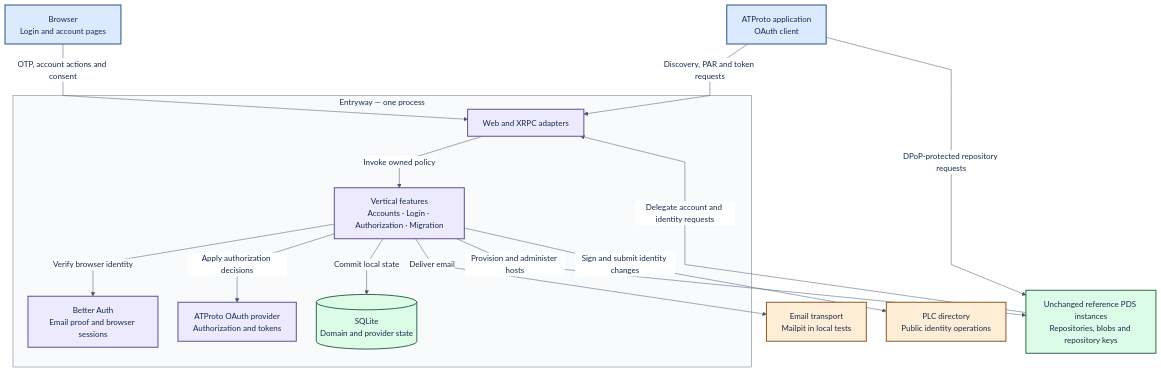
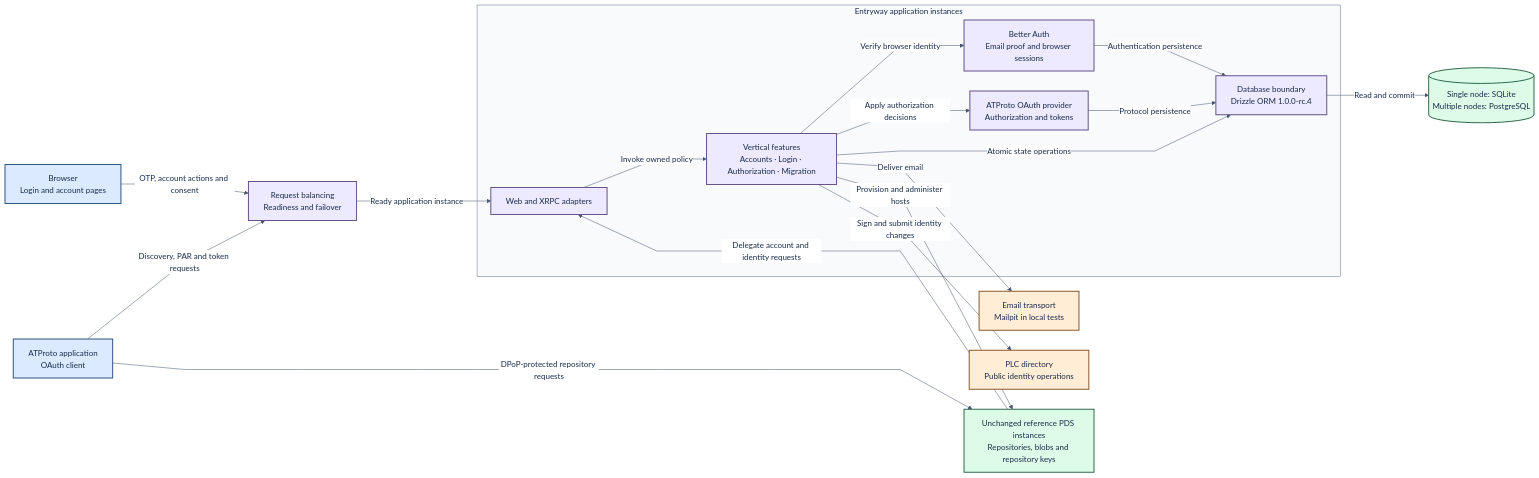
One commit to hypercerts-org/hypercerts-entryway changed the first of 3 diagrams in docs/architecture.md. Above: the diagram before and after it, drawn with Mermaid. The commit also changed other lines of this file and 38 other files, not shown here.

Commit message:
docs: align architecture with database and resilience requirements

````diff
--- a/docs/architecture.md
+++ b/docs/architecture.md
@@ -33,36 +42,42 @@
 ```mermaid
 %%{init: {"theme":"base","themeVariables":{"background":"#FFFFFF","primaryTextColor":"#172B4D","lineColor":"#45556C","edgeLabelBackground":"#FFFFFF","fontFamily":"Arial"},"flowchart":{"nodeSpacing":40,"rankSpacing":55,"curve":"linear"}}}%%
-flowchart TB
+flowchart LR
   browser["Browser<br/>Login and account pages"]
   client["ATProto application<br/>OAuth client"]
-  subgraph entryway["Entryway — one process"]
+  ingress["Request balancing<br/>Readiness and failover"]
+  subgraph entryway["Entryway application instances"]
     api["Web and XRPC adapters"]
     domains["Vertical features<br/>Accounts · Login · Authorization · Migration"]
     ba["Better Auth<br/>Email proof and browser sessions"]
     oauth["ATProto OAuth provider<br/>Authorization and tokens"]
-    store[("SQLite<br/>Domain and provider state")]
+    storage["Database boundary<br/>Drizzle ORM 1.0.0-rc.4"]
   end
+  store[("Single node: SQLite<br/>Multiple nodes: PostgreSQL")]
   pds["Unchanged reference PDS instances<br/>Repositories, blobs and repository keys"]
   plc["PLC directory<br/>Public identity operations"]
   mail["Email transport<br/>Mailpit in local tests"]
-  browser -->|"OTP, account actions and consent"| api
-  client -->|"Discovery, PAR and token requests"| api
+  browser -->|"OTP, account actions and consent"| ingress
+  client -->|"Discovery, PAR and token requests"| ingress
+  ingress -->|"Ready application instance"| api
   api -->|"Invoke owned policy"| domains
   domains -->|"Verify browser identity"| ba
   domains -->|"Apply authorization decisions"| oauth
-  domains -->|"Commit local state"| store
+  domains -->|"Atomic state operations"| storage
+  ba -->|"Authentication persistence"| storage
+  oauth -->|"Protocol persistence"| storage
+  storage -->|"Read and commit"| store
   domains -->|"Deliver email"| mail
   domains -->|"Provision and administer hosts"| pds
   pds -->|"Delegate account and identity requests"| api
   domains -->|"Sign and submit identity changes"| plc
   client -->|"DPoP-protected repository requests"| pds
   classDef blue fill:#DBEAFE,stroke:#315582,color:#172B4D,stroke-width:2px;
   classDef violet fill:#EDE9FE,stroke:#65538A,color:#172B4D,stroke-width:2px;
   classDef mint fill:#DCFCE7,stroke:#32694D,color:#172B4D,stroke-width:2px;
   classDef peach fill:#FFEDD5,stroke:#8A5A2B,color:#172B4D,stroke-width:2px;
   class browser,client blue;
-  class api,domains,ba,oauth violet;
+  class ingress,api,domains,ba,oauth,storage violet;
   class pds,store mint;
   class plc,mail peach;
   style entryway fill:#F8FAFC,stroke:#64748B,color:#172B4D
 ```
````
